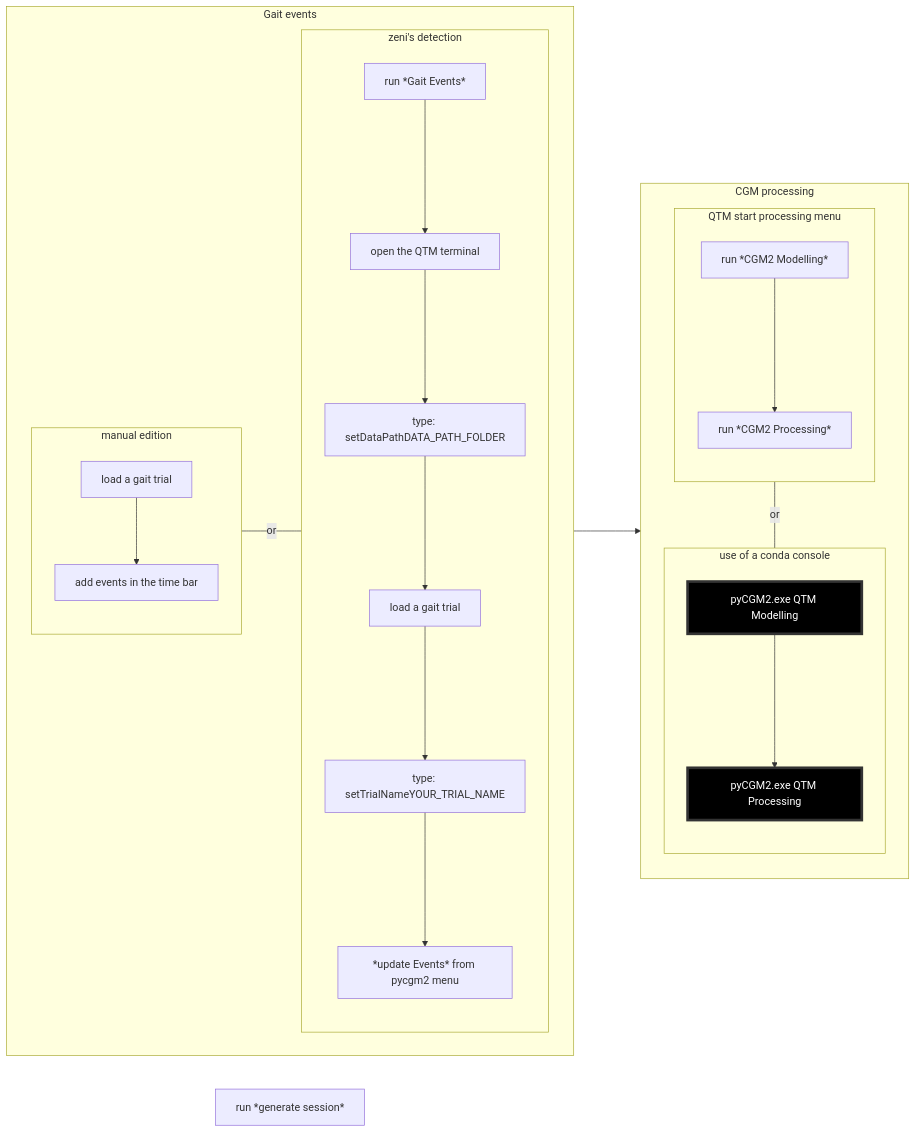
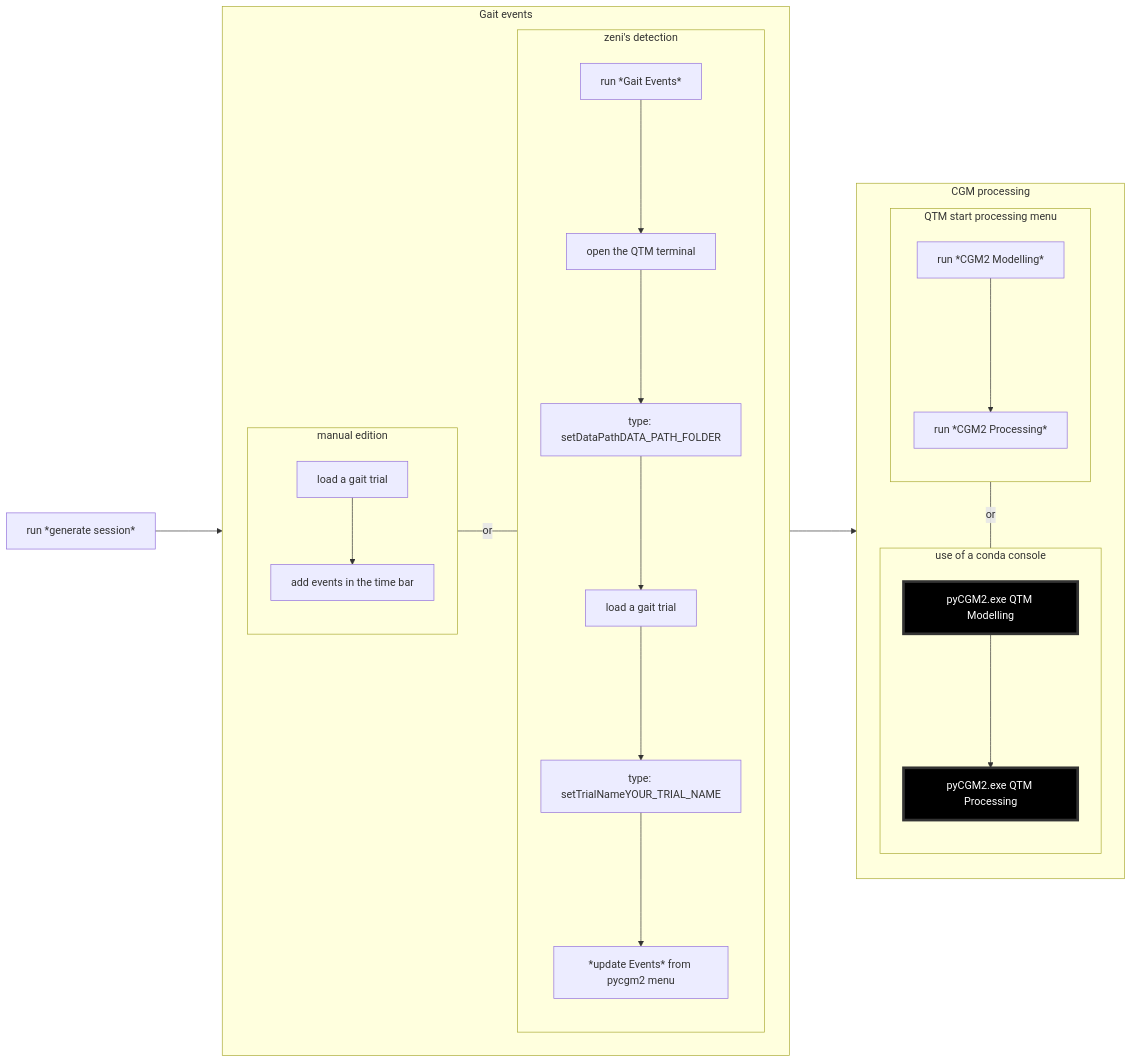
One commit to pyCGM2/Doc changed the diagram in content/NexusQualisys/Qtm Apps/_index.en.md. Above: the diagram before and after it, drawn with Mermaid.

```diff
--- a/content/NexusQualisys/Qtm Apps/_index.en.md
+++ b/content/NexusQualisys/Qtm Apps/_index.en.md
@@ -31,64 +31,64 @@
 {{< mermaid align="left" theme="neutral" >}}
 flowchart LR
   
   generate[run *generate session*]
 
   subgraph events[Gait events]
     direction LR
 
     subgraph manual[manual edition]
       direction TB
       events1[load a gait trial]
       events11[add events in the time bar]
      end
      events1-->events11
      
     subgraph zeni[zeni's detection]
       direction TB
       events2[run *Gait Events*]
       events21[open the QTM terminal]
       events22[type: setDataPathDATA_PATH_FOLDER]
       events23[load a gait trial]
       events24[type: setTrialNameYOUR_TRIAL_NAME]
       events25[*update Events* from pycgm2 menu]
     end
     events2--->events21--->events22--->events23--->events24--->events25
 
     manual-- or ---zeni
  
   end
 
 
   subgraph cgmprocessing[CGM processing]
 
     subgraph qtm[QTM start processing menu]
       direction TB
       modelling[run *CGM2 Modelling*]
       processing[run *CGM2 Processing*]
     
       modelling--->processing
     end
 
 
     subgraph pyCGM2commands[use of a conda console]
       direction TB
       modelling2[pyCGM2.exe QTM Modelling]
       processing2[pyCGM2.exe QTM Processing]
     end
 
     modelling2--->processing2
     style modelling2 fill:#000000,stroke:#333,stroke-width:4px,color:#ffffff
     style processing2 fill:#000000,stroke:#333,stroke-width:4px,color:#ffffff
 
     qtm-- or ---pyCGM2commands
   end
 
-  events--->cgmprocessing
+  generate--->events--->cgmprocessing
 
 
   
 
 
 
 
 {{< /mermaid >}}
```
